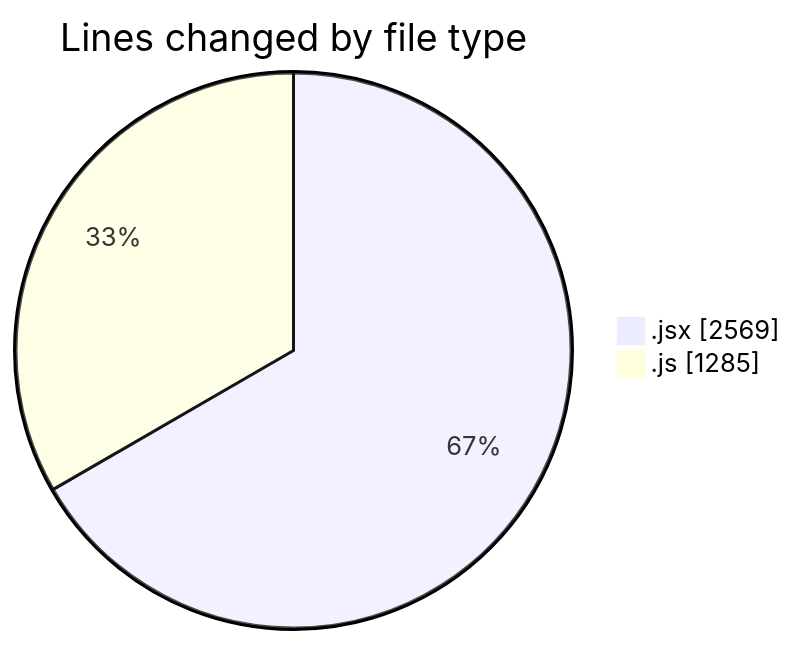
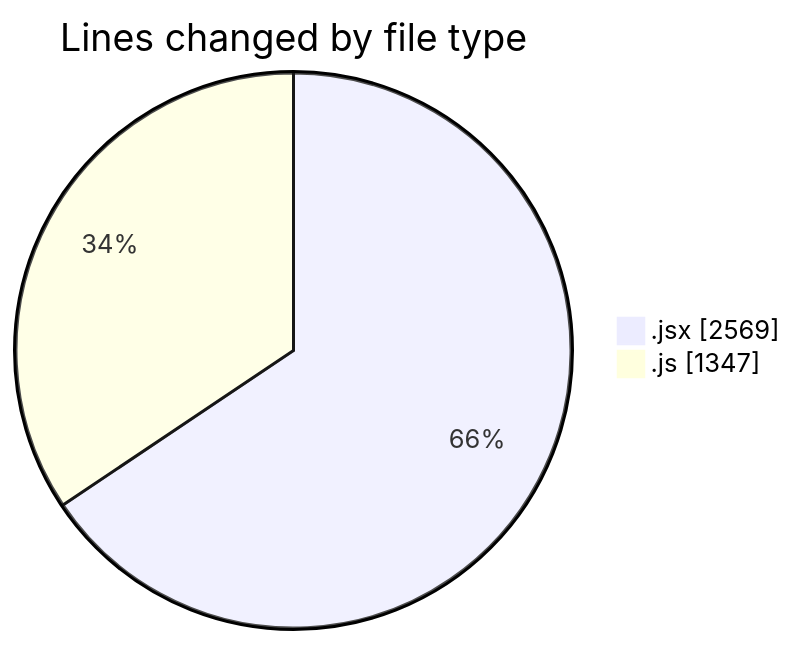
One commit to nxtqubesakshisongat/code-tracking changed the first of 2 diagrams in 2025-07-11/argos/README.md. Above: the diagram before and after it, drawn with Mermaid. The commit also changed other lines of this file and 1 other file, not shown here.

````diff
--- a/2025-07-11/argos/README.md
+++ b/2025-07-11/argos/README.md
@@ -24,6 +24,6 @@
 ```mermaid
 pie showData
 title Lines changed by file type
 ".jsx" : 2569
-".js" : 1285
+".js" : 1347
 ```
````
